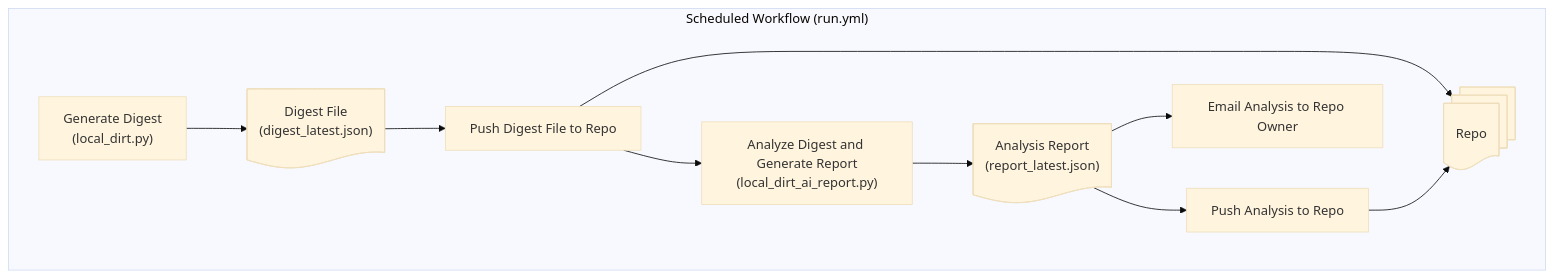
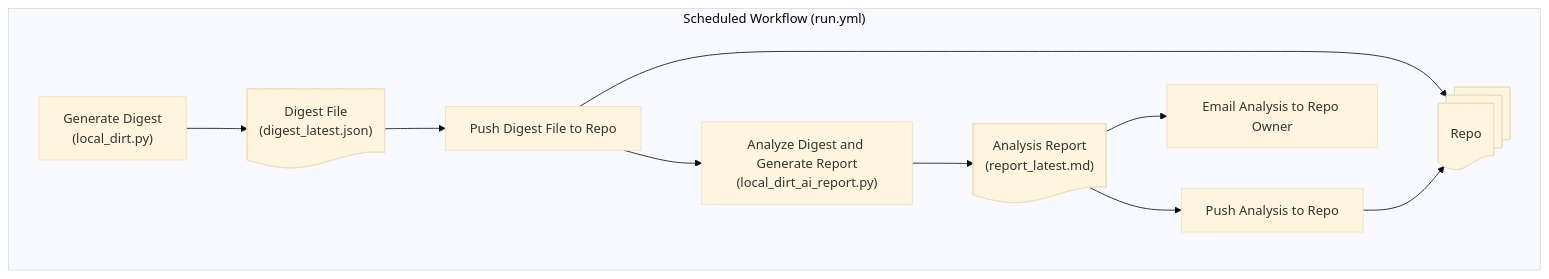
The diagram in README.md (hoosierjay/local-dirt), drawn with Mermaid (base theme) before and after one commit. The commit also changed other lines of this file, not shown here.

````diff
--- a/README.md
+++ b/README.md
@@ -30,21 +38,21 @@
 ```mermaid
 flowchart TD
   subgraph "Scheduled Workflow (run.yml)"
     Step4.1@{ shape: rect, label: "Generate Digest<br>(local_dirt.py)" }
     Step4.2@{ shape: doc, label: "Digest File<br>(digest_latest.json)" }
     Step5.1@{ shape: rect, label: "Push Digest File to Repo" }
     Step6.1@{ shape: rect, label: "Analyze Digest and Generate Report<br>(local_dirt_ai_report.py)" }
-    Step6.2@{ shape: doc, label: "Analysis Report<br>(report_latest.json)" }
+    Step6.2@{ shape: doc, label: "Analysis Report<br>(report_latest.md)" }
     Step7.1@{ shape: rect, label: "Push Analysis to Repo" }
     Step8.1@{ shape: rect, label: "Email Analysis to Repo Owner" }
     Step9.0@{ shape: docs, label: "Repo" }
   end
   Step4.1 --> Step4.2
   Step4.2 --> Step5.1
   Step5.1 --> Step6.1
   Step6.1 --> Step6.2
   Step6.2 --> Step7.1
   Step6.2 --> Step8.1
   Step5.1 --> Step9.0
   Step7.1 --> Step9.0
 ```
````
